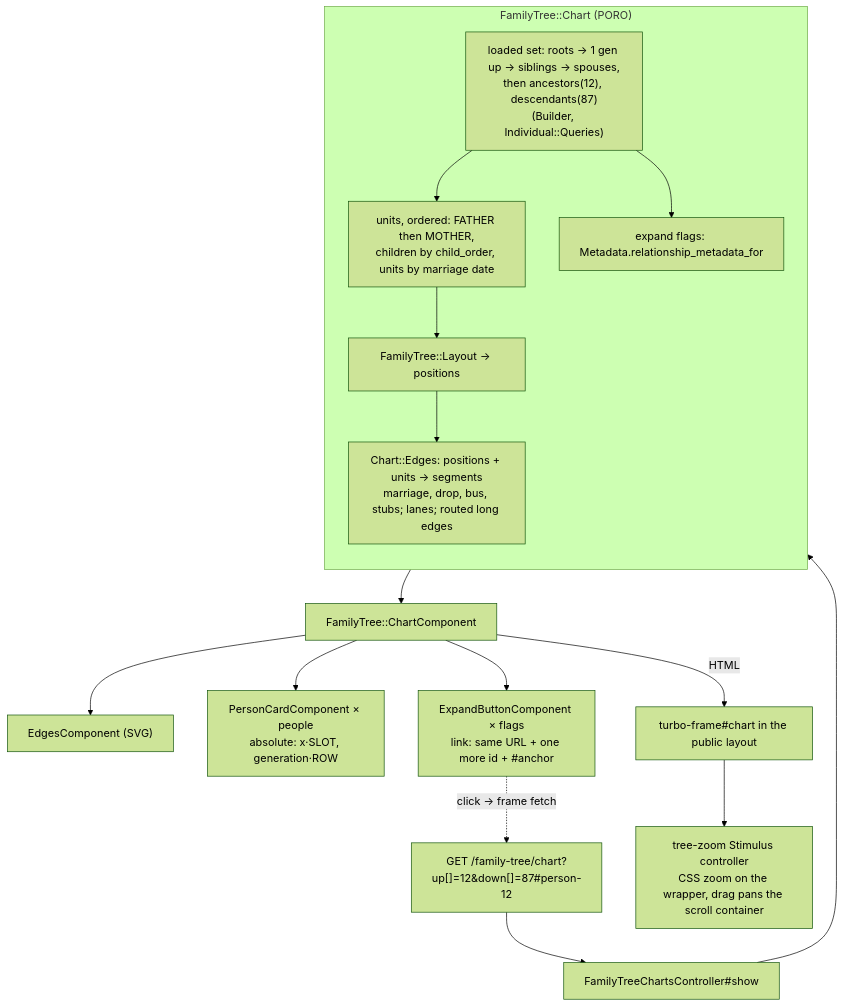
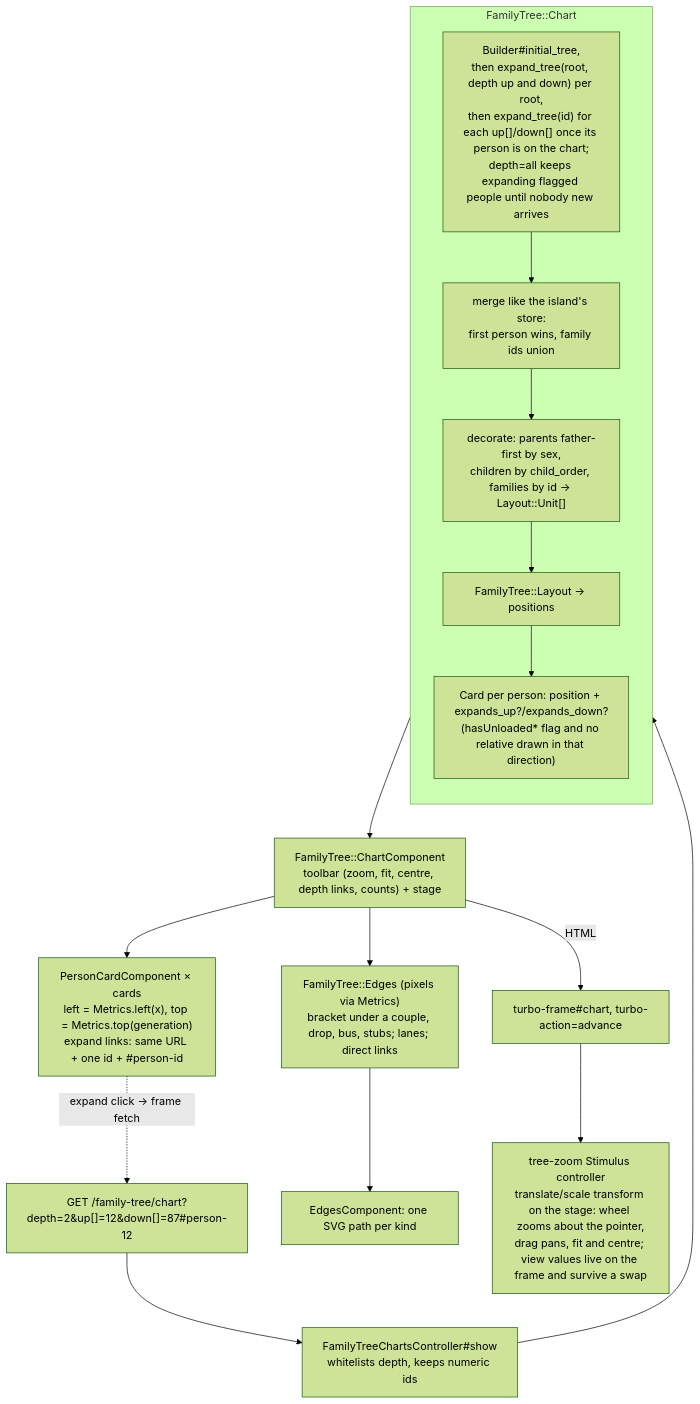
The third of 4 diagrams in docs/family-tree-architecture.md (timothyjamesmarias/family_archive), drawn with Mermaid (forest theme) before and after one commit. The commit also changed other lines of this file and 22 other files, not shown here.

First line of the commit message:
Render the family tree server-side at /family-tree/chart (#39)

````diff
--- a/docs/family-tree-architecture.md
+++ b/docs/family-tree-architecture.md
@@ -61,25 +62,24 @@
 ```mermaid
 flowchart TD
-    URL["GET /family-tree/chart?up[]=12&down[]=87#person-12"] --> C["FamilyTreeChartsController#show"]
+    URL["GET /family-tree/chart?depth=2&up[]=12&down[]=87#person-12"] --> C["FamilyTreeChartsController#show<br/>whitelists depth, keeps numeric ids"]
     C --> Chart
 
-    subgraph Chart["FamilyTree::Chart (PORO)"]
+    subgraph Chart["FamilyTree::Chart"]
         direction TB
-        L["loaded set: roots → 1 gen up → siblings → spouses,<br/>then ancestors(12), descendants(87)<br/>(Builder, Individual::Queries)"]
-        U["units, ordered: FATHER then MOTHER,<br/>children by child_order, units by marriage date"]
+        I["Builder#initial_tree,<br/>then expand_tree(root, depth up and down) per root,<br/>then expand_tree(id) for each up[]/down[] once its person is on the chart;<br/>depth=all keeps expanding flagged people until nobody new arrives"]
+        MG["merge like the island's store:<br/>first person wins, family ids union"]
+        U["decorate: parents father-first by sex,<br/>children by child_order, families by id → Layout::Unit[]"]
         LY["FamilyTree::Layout → positions"]
-        E["Chart::Edges: positions + units → segments<br/>marriage, drop, bus, stubs; lanes; routed long edges"]
-        M["expand flags: Metadata.relationship_metadata_for"]
-        L --> U --> LY --> E
-        L --> M
+        F["Card per person: position + expands_up?/expands_down?<br/>(hasUnloaded* flag and no relative drawn in that direction)"]
+        I --> MG --> U --> LY --> F
     end
 
-    Chart --> V["FamilyTree::ChartComponent"]
-    V --> Ed["EdgesComponent (SVG)"]
-    V --> Cards["PersonCardComponent × people<br/>absolute: x·SLOT, generation·ROW"]
-    V --> Ex["ExpandButtonComponent × flags<br/>link: same URL + one more id + #anchor"]
+    Chart --> V["FamilyTree::ChartComponent<br/>toolbar (zoom, fit, centre, depth links, counts) + stage"]
+    V --> E["FamilyTree::Edges (pixels via Metrics)<br/>bracket under a couple, drop, bus, stubs; lanes; direct links"]
+    E --> Ed["EdgesComponent: one SVG path per kind"]
+    V --> Cards["PersonCardComponent × cards<br/>left = Metrics.left(x), top = Metrics.top(generation)<br/>expand links: same URL + one id + #person-id"]
 
-    V -->|HTML| Frame["turbo-frame#chart in the public layout"]
-    Frame --> Z["tree-zoom Stimulus controller<br/>CSS zoom on the wrapper, drag pans the scroll container"]
-    Ex -.->|"click → frame fetch"| URL
+    V -->|HTML| Frame["turbo-frame#chart, turbo-action=advance"]
+    Frame --> Z["tree-zoom Stimulus controller<br/>translate/scale transform on the stage: wheel zooms about the pointer,<br/>drag pans, fit and centre; view values live on the frame and survive a swap"]
+    Cards -.->|"expand click → frame fetch"| URL
 ```
````
